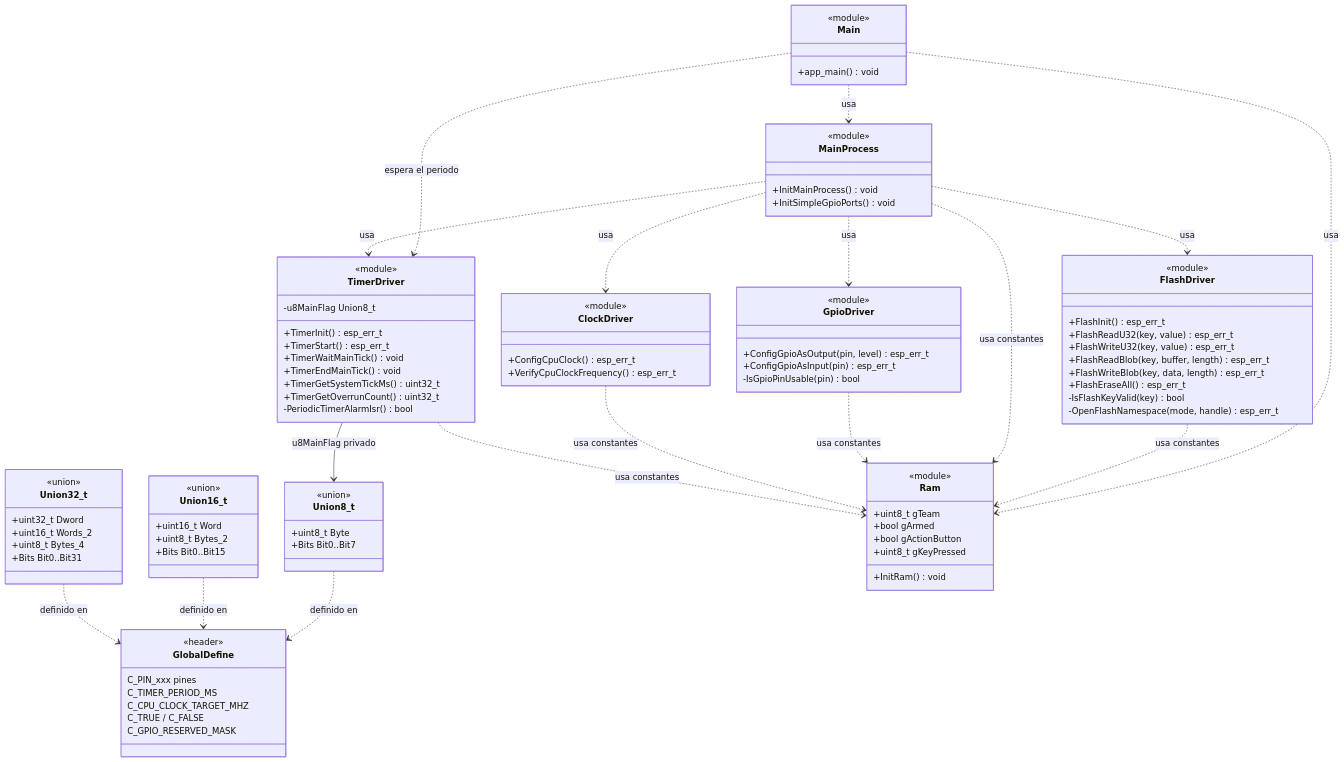
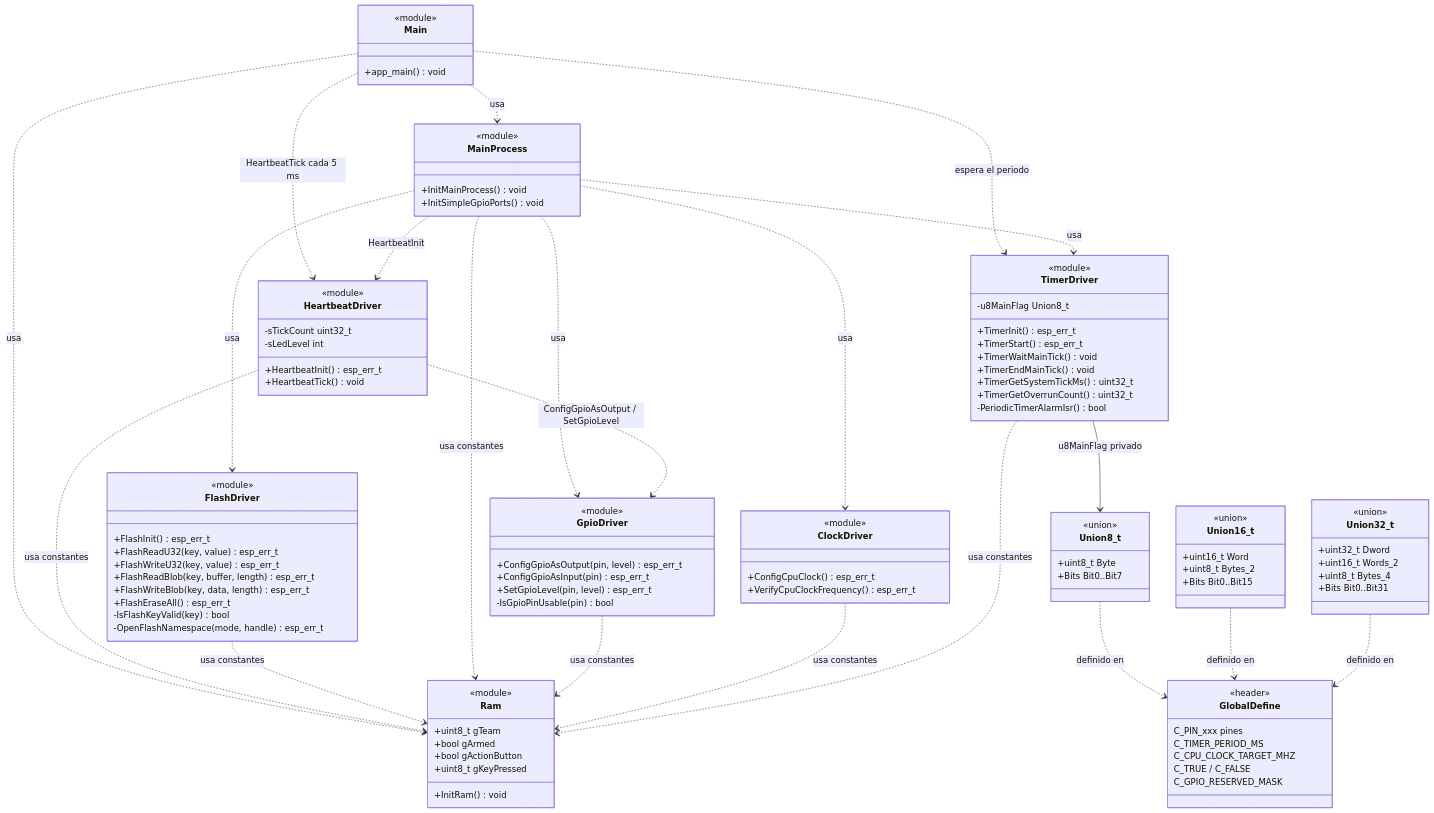
One commit to rodgutzal/Airsoft-MultipurposeGameModeTool changed the third of 6 diagrams in Sw/README.md. Above: the diagram before and after it, drawn with Mermaid. The commit also changed other lines of this file and 12 other files, not shown here.

Commit message:
Agregar HeartbeatDriver (LED en GPIO43, ciclo de 1 s), SetGpioLevel y consola por USB-Serial-JTAG

```diff
--- a/Sw/README.md
+++ b/Sw/README.md
@@ -164,7 +170,15 @@
     <<module>>
     +ConfigGpioAsOutput(pin, level) esp_err_t
     +ConfigGpioAsInput(pin) esp_err_t
+    +SetGpioLevel(pin, level) esp_err_t
     -IsGpioPinUsable(pin) bool
+  }
+  class HeartbeatDriver {
+    <<module>>
+    +HeartbeatInit() esp_err_t
+    +HeartbeatTick() void
+    -sTickCount uint32_t
+    -sLedLevel int
   }
   class TimerDriver {
     <<module>>
@@ -188,9 +202,13 @@
   Main ..> Ram : usa
   Main ..> MainProcess : usa
   Main ..> TimerDriver : espera el periodo
+  Main ..> HeartbeatDriver : HeartbeatTick cada 5 ms
   MainProcess ..> ClockDriver : usa
   MainProcess ..> FlashDriver : usa
   MainProcess ..> GpioDriver : usa
+  MainProcess ..> HeartbeatDriver : HeartbeatInit
+  HeartbeatDriver ..> GpioDriver : ConfigGpioAsOutput / SetGpioLevel
+  HeartbeatDriver ..> Ram : usa constantes
   FlashDriver ..> Ram : usa constantes
   MainProcess ..> TimerDriver : usa
   MainProcess ..> Ram : usa constantes
```
